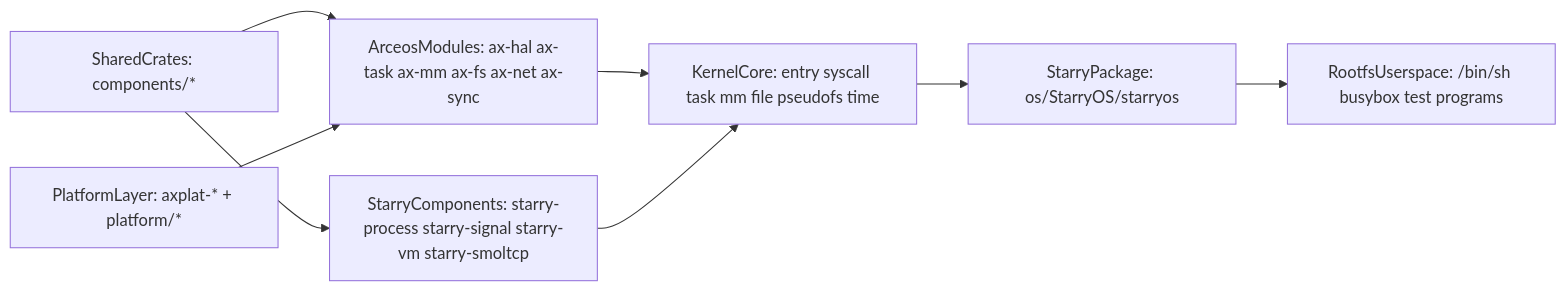
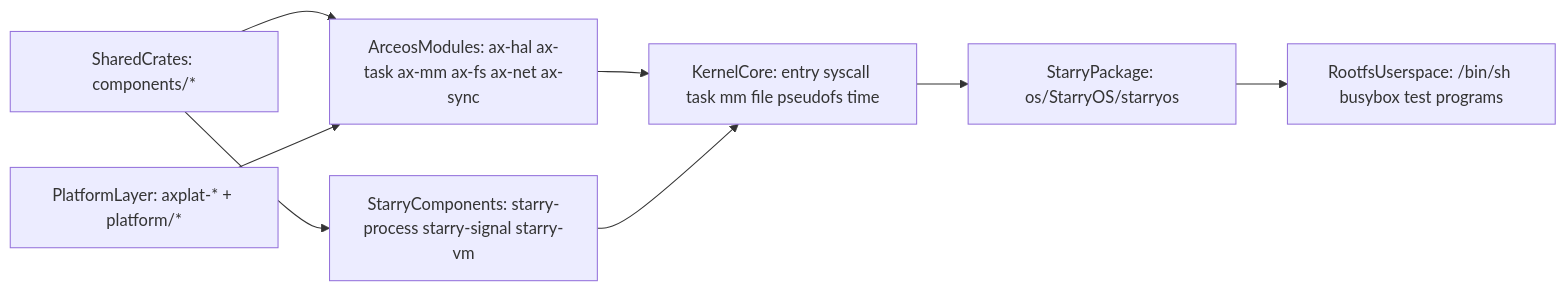
One commit to rcore-os/tgoskits changed the first of 5 diagrams in docs/docs/design/architecture/starryos-internals.md. Above: the diagram before and after it, drawn with Mermaid. The commit also changed other lines of this file and 8 other files, not shown here.

````diff
--- a/docs/docs/design/architecture/starryos-internals.md
+++ b/docs/docs/design/architecture/starryos-internals.md
@@ -26,18 +26,18 @@
 ```mermaid
 flowchart LR
     rootfsUsers["RootfsUserspace: /bin/sh busybox test programs"]
     starryPackage["StarryPackage: os/StarryOS/starryos"]
     kernelCore["KernelCore: entry syscall task mm file pseudofs time"]
-    starryComponents["StarryComponents: starry-process starry-signal starry-vm starry-smoltcp"]
+    starryComponents["StarryComponents: starry-process starry-signal starry-vm"]
     arceosModules["ArceosModules: ax-hal ax-task ax-mm ax-fs ax-net ax-sync"]
     sharedCrates["SharedCrates: components/*"]
     platformLayer["PlatformLayer: axplat-* + platform/*"]
 
     sharedCrates --> arceosModules
     sharedCrates --> starryComponents
     platformLayer --> arceosModules
     arceosModules --> kernelCore
     starryComponents --> kernelCore
     kernelCore --> starryPackage
     starryPackage --> rootfsUsers
 ```
````
